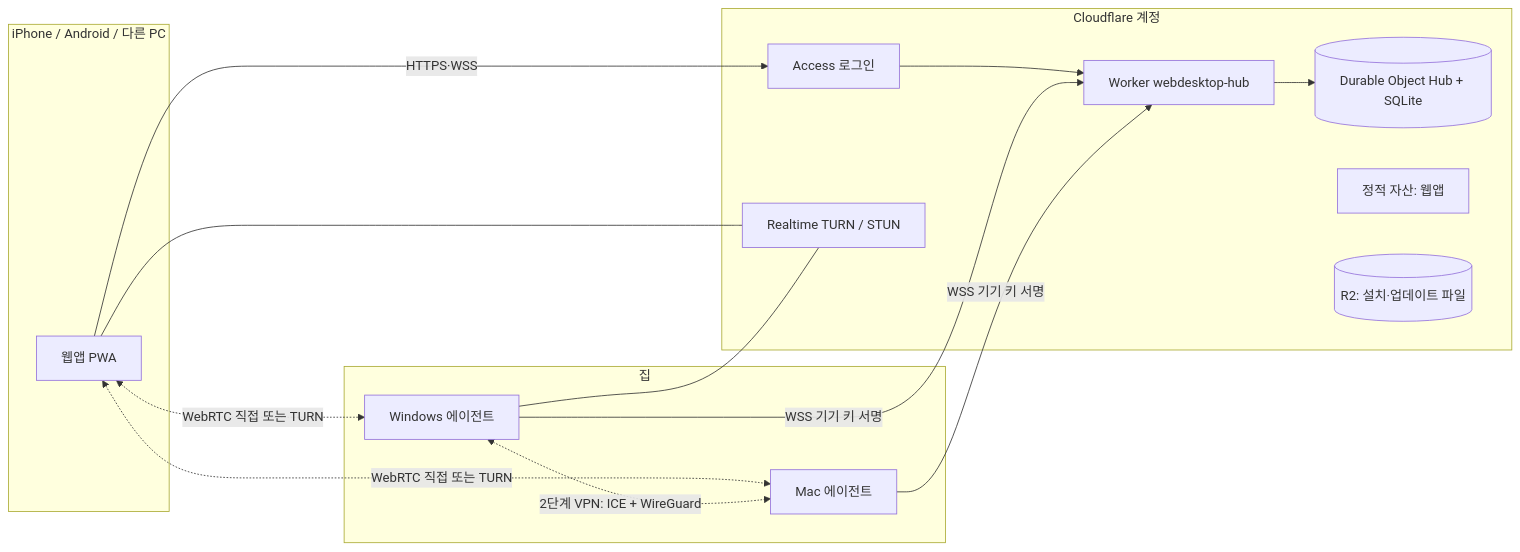
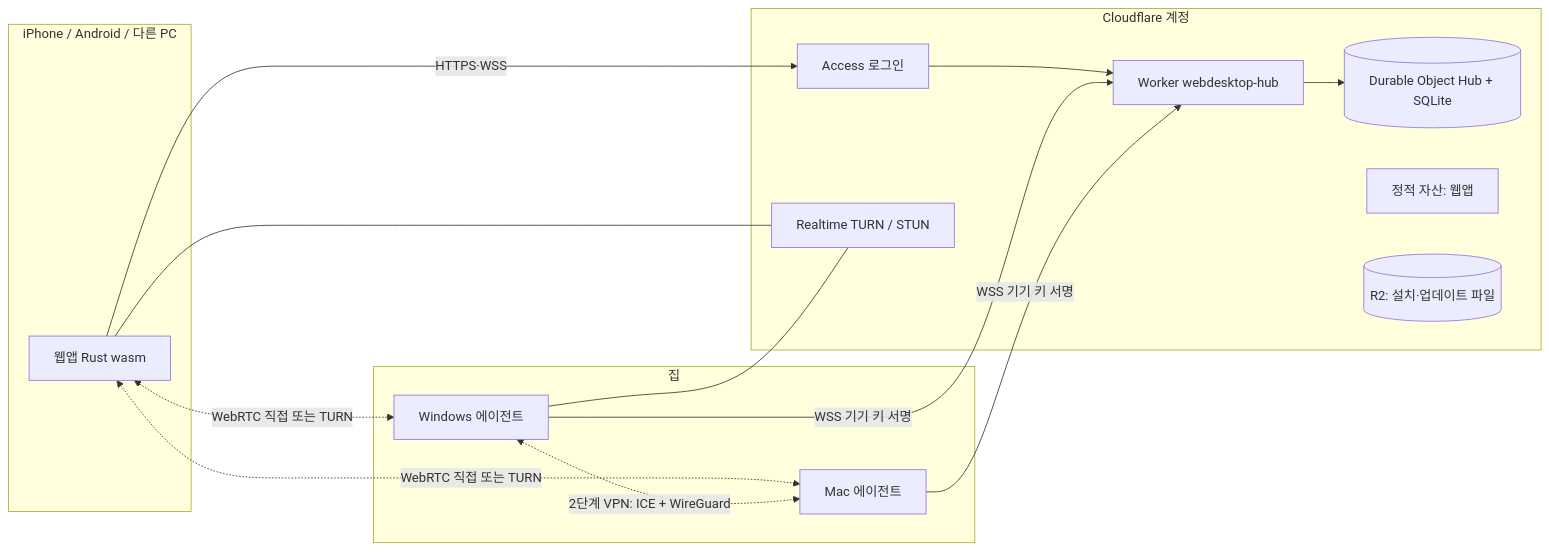
Before and after one commit to sangchane/webDesktop: the first of 6 diagrams in autopilot/webdesktop/04-architecture.md, drawn with Mermaid. The commit also changed other lines of this file and 46 other files, not shown here.

First line of the commit message:
웹앱을 Rust(Leptos → wasm)로 바꾸고 TypeScript 생성을 걷어냄

````diff
--- a/autopilot/webdesktop/04-architecture.md
+++ b/autopilot/webdesktop/04-architecture.md
@@ -21,26 +21,26 @@
 ```mermaid
 flowchart LR
   subgraph Phone[iPhone / Android / 다른 PC]
-    WEB[웹앱 PWA]
+    WEB[웹앱 Rust wasm]
   end
   subgraph CF[Cloudflare 계정]
     ACC[Access 로그인]
     W[Worker webdesktop-hub]
     DO[(Durable Object Hub + SQLite)]
     T[Realtime TURN / STUN]
     ST[정적 자산: 웹앱]
     R2[(R2: 설치·업데이트 파일)]
   end
   subgraph Home[집]
     AW[Windows 에이전트]
     AM[Mac 에이전트]
   end
   WEB -- HTTPS·WSS --> ACC --> W --> DO
   AW -- WSS 기기 키 서명 --> W
   AM -- WSS 기기 키 서명 --> W
   WEB <-. WebRTC 직접 또는 TURN .-> AW
   WEB <-. WebRTC 직접 또는 TURN .-> AM
   AW <-. 2단계 VPN: ICE + WireGuard .-> AM
   WEB --- T
   AW --- T
 ```
````
